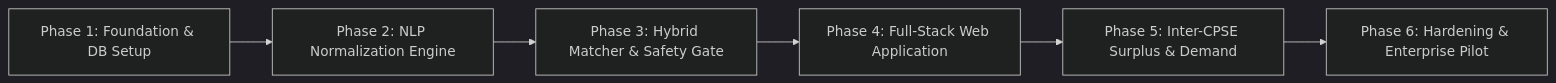
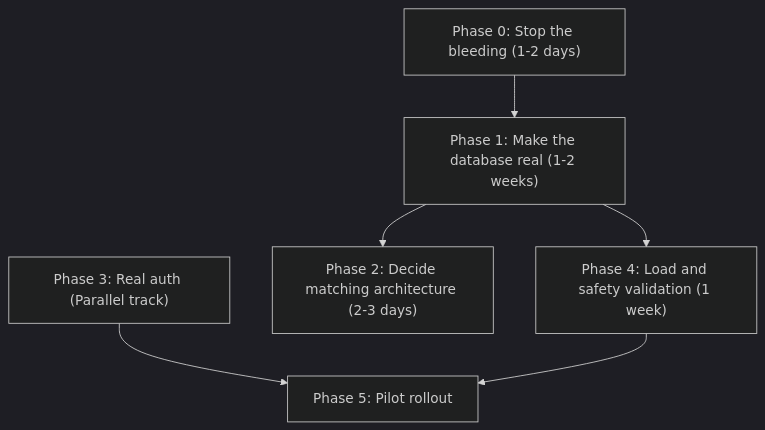
One commit to Procoder1234556/national-unified-material-master changed the diagram in IMPLEMENTATION_PLAN.md. Above: the diagram before and after it, drawn with Mermaid (dark theme). The commit also changed other lines of this file and 58 other files, not shown here.

````diff
--- a/IMPLEMENTATION_PLAN.md
+++ b/IMPLEMENTATION_PLAN.md
@@ -22,8 +22,9 @@
 ```mermaid
-flowchart LR
-    P1["Phase 1: Foundation & DB Setup"] --> P2["Phase 2: NLP Normalization Engine"]
-    P2 --> P3["Phase 3: Hybrid Matcher & Safety Gate"]
-    P3 --> P4["Phase 4: Full-Stack Web Application"]
-    P4 --> P5["Phase 5: Inter-CPSE Surplus & Demand"]
-    P5 --> P6["Phase 6: Hardening & Enterprise Pilot"]
+flowchart TD
+    P0["Phase 0: Stop the bleeding (1-2 days)"] --> P1["Phase 1: Make the database real (1-2 weeks)"]
+    P1 --> P4["Phase 4: Load and safety validation (1 week)"]
+    P1 --> P2["Phase 2: Decide matching architecture (2-3 days)"]
+    
+    P3["Phase 3: Real auth (Parallel track)"] --> P5
+    P4 --> P5["Phase 5: Pilot rollout"]
 ```
````
